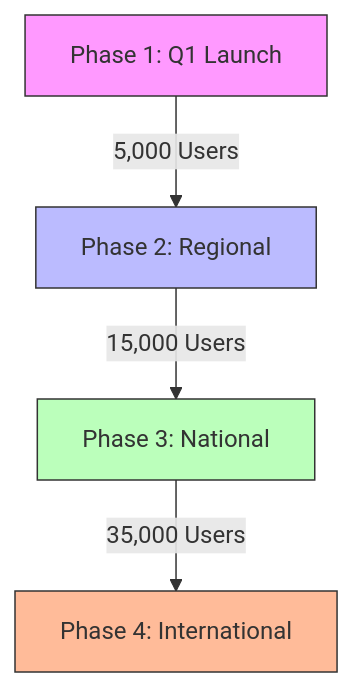
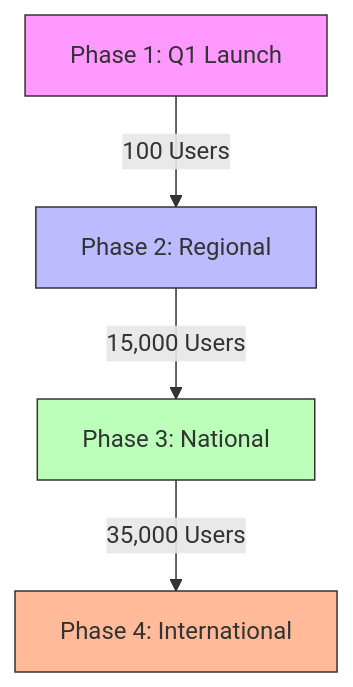
Before and after one commit to mrj0nesmtl/sheltr-v2: the tenth of 10 diagrams in public/docs/about/whitepaper_final.md, drawn with Mermaid. The commit also changed other lines of this file and 10 other files, not shown here.

````diff
--- a/public/docs/about/whitepaper_final.md
+++ b/public/docs/about/whitepaper_final.md
@@ -481,11 +481,11 @@
 ```mermaid
 graph TB
-    A[Phase 1: Q1 Launch] -->|5,000 Users| B[Phase 2: Regional]
+    A[Phase 1: Q1 Launch] -->|100 Users| B[Phase 2: Regional]
     B -->|15,000 Users| C[Phase 3: National]
     C -->|35,000 Users| D[Phase 4: International]
     
     style A fill:#f9f,stroke:#333
     style B fill:#bbf,stroke:#333
     style C fill:#bfb,stroke:#333
     style D fill:#fb9,stroke:#333
 ```
````
